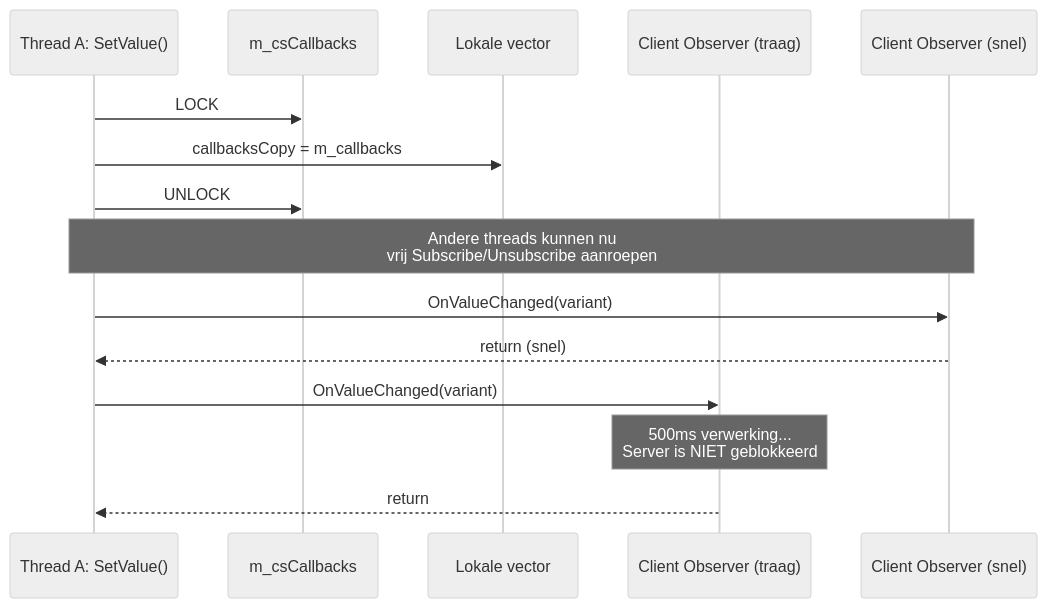
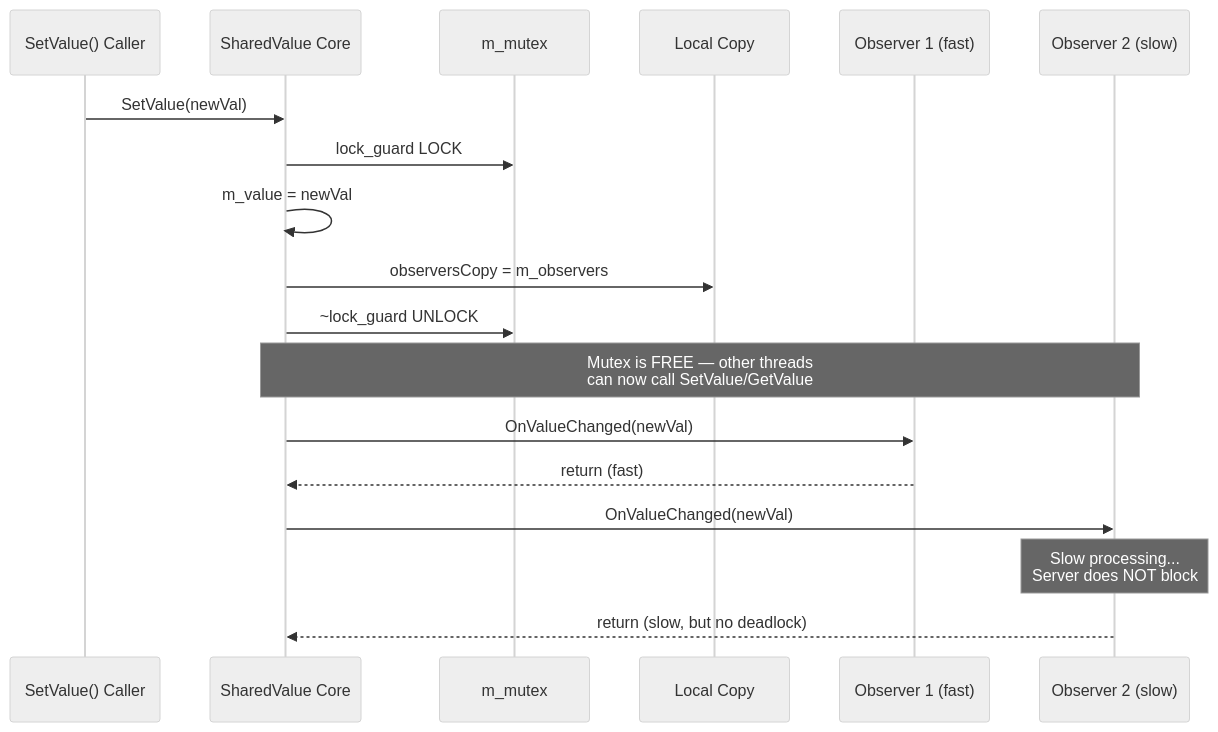
One commit to snodeplannen/sharedvar changed diagram 11 of 20 in ATLProjectcomserverExe/ARCHITECTURE.md. Above: the diagram before and after it, drawn with Mermaid (neutral theme). The commit also changed other lines of this file and 90 other files, not shown here.

````diff
--- a/ATLProjectcomserverExe/ARCHITECTURE.md
+++ b/ATLProjectcomserverExe/ARCHITECTURE.md
@@ -666,21 +509,22 @@
 ```mermaid
 sequenceDiagram
-    participant Caller as Thread A: SetValue()
-    participant Mutex as m_csCallbacks
-    participant Copy as Lokale vector
-    participant Slow as Client Observer (traag)
-    participant Fast as Client Observer (snel)
+    participant Caller as SetValue() Caller
+    participant Core as SharedValue Core
+    participant Lock as m_mutex
+    participant Copy as Local Copy
+    participant Obs1 as Observer 1 (fast)
+    participant Obs2 as Observer 2 (slow)
 
-    Caller->>Mutex: LOCK
-    Caller->>Copy: callbacksCopy = m_callbacks
-    Caller->>Mutex: UNLOCK
-    
-    Note over Caller,Fast: Andere threads kunnen nu<br/>vrij Subscribe/Unsubscribe aanroepen
+    Caller->>Core: SetValue(newVal)
+    Core->>Lock: lock_guard LOCK
+    Core->>Core: m_value = newVal
+    Core->>Copy: observersCopy = m_observers
+    Core->>Lock: ~lock_guard UNLOCK
 
-    Caller->>Fast: OnValueChanged(variant)
-    Fast-->>Caller: return (snel)
-    
-    Caller->>Slow: OnValueChanged(variant)
-    Note over Slow: 500ms verwerking...<br/>Server is NIET geblokkeerd
-    Slow-->>Caller: return
+    Note over Core,Obs2: Mutex is FREE — other threads<br/>can now call SetValue/GetValue
+    Core->>Obs1: OnValueChanged(newVal)
+    Obs1-->>Core: return (fast)
+    Core->>Obs2: OnValueChanged(newVal)
+    Note over Obs2: Slow processing...<br/>Server does NOT block
+    Obs2-->>Core: return (slow, but no deadlock)
 ```
````
